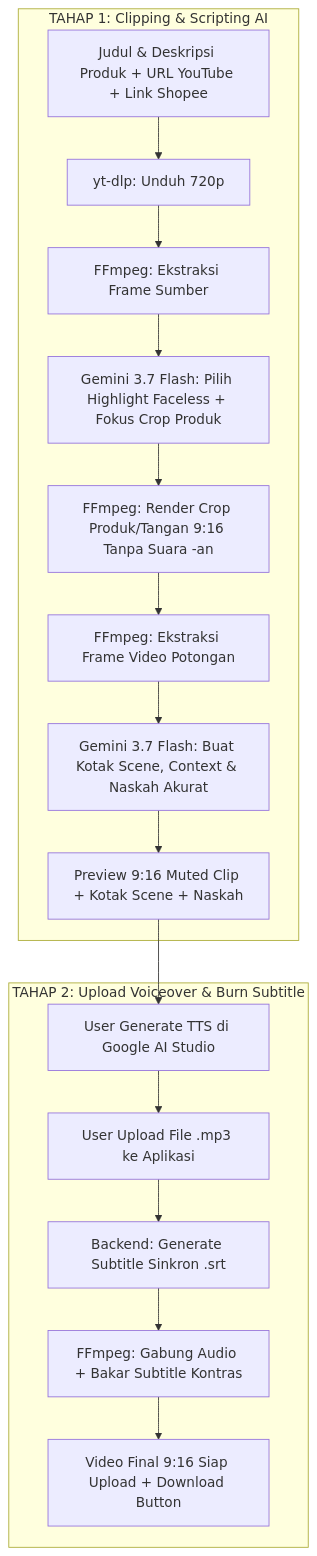
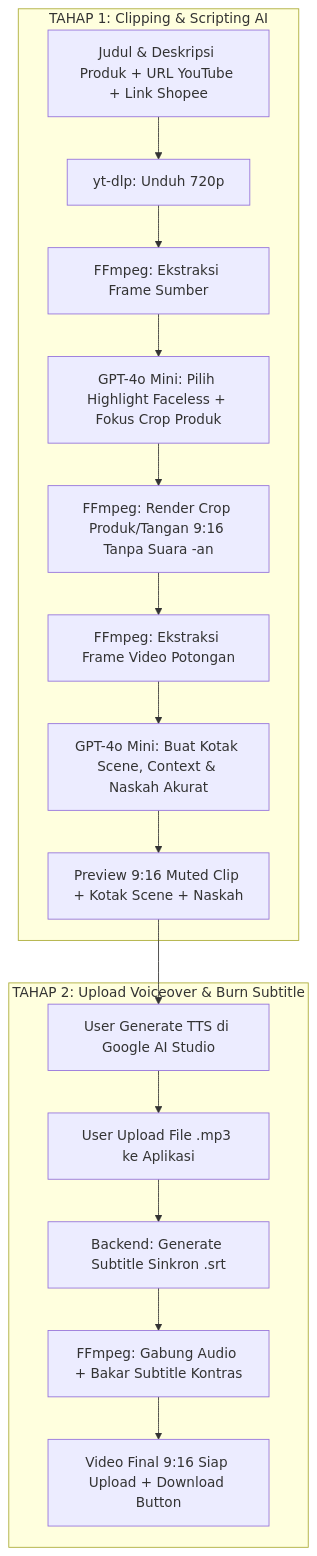
Before and after one commit to Zozodoank/clipper: the diagram in README.md, drawn with Mermaid. The commit also changed other lines of this file and 7 other files, not shown here.

Commit message:
feat: switch AI model to gpt-4o-mini from Aivene and update configurations

````diff
--- a/README.md
+++ b/README.md
@@ -11,20 +11,20 @@
 ```mermaid
 flowchart TD
     subgraph TAHAP 1: Clipping & Scripting AI
         A[Judul & Deskripsi Produk + URL YouTube + Link Shopee] --> B[yt-dlp: Unduh 720p]
         B --> C[FFmpeg: Ekstraksi Frame Sumber]
-        C --> D[Gemini 3.7 Flash: Pilih Highlight Faceless + Fokus Crop Produk]
+        C --> D[GPT-4o Mini: Pilih Highlight Faceless + Fokus Crop Produk]
         D --> E[FFmpeg: Render Crop Produk/Tangan 9:16 Tanpa Suara -an]
         E --> F[FFmpeg: Ekstraksi Frame Video Potongan]
-        F --> G[Gemini 3.7 Flash: Buat Kotak Scene, Context & Naskah Akurat]
+        F --> G[GPT-4o Mini: Buat Kotak Scene, Context & Naskah Akurat]
         G --> H[Preview 9:16 Muted Clip + Kotak Scene + Naskah]
     end
 
     subgraph TAHAP 2: Upload Voiceover & Burn Subtitle
         H --> I[User Generate TTS di Google AI Studio]
         I --> J[User Upload File .mp3 ke Aplikasi]
         J --> K[Backend: Generate Subtitle Sinkron .srt]
         K --> L[FFmpeg: Gabung Audio + Bakar Subtitle Kontras]
         L --> M[Video Final 9:16 Siap Upload + Download Button]
     end
 ```
````
